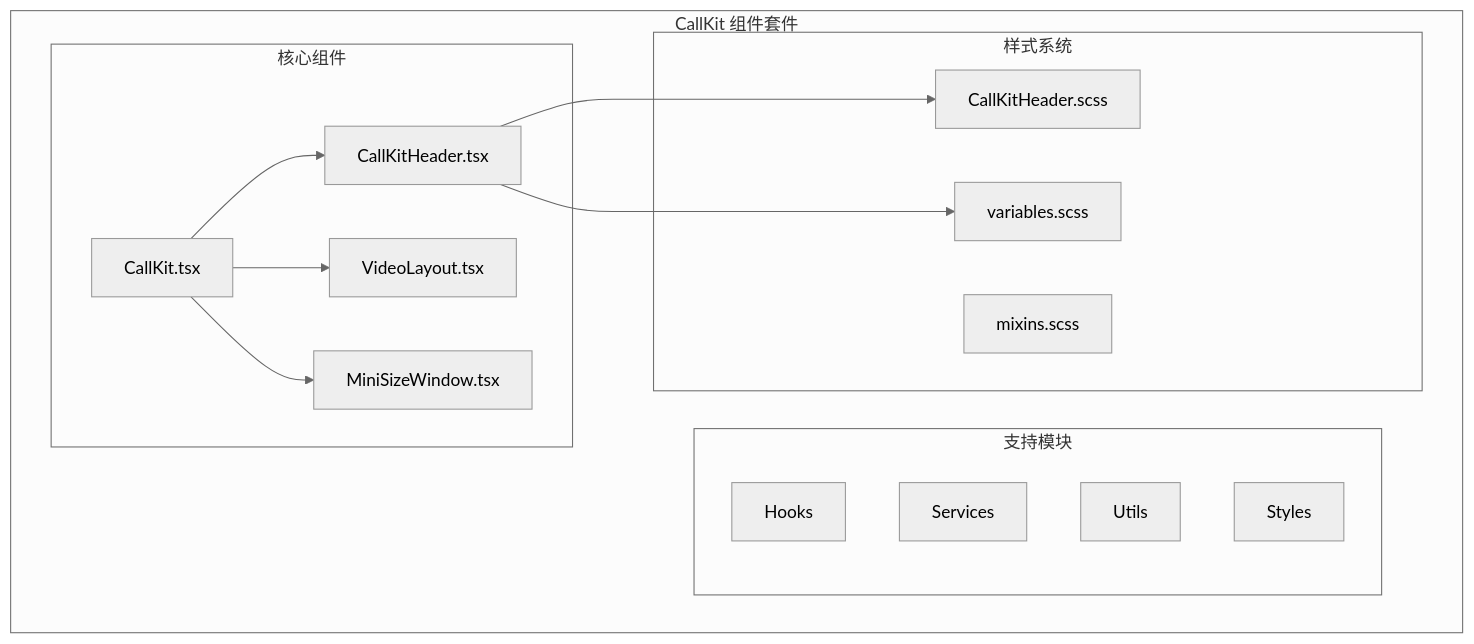
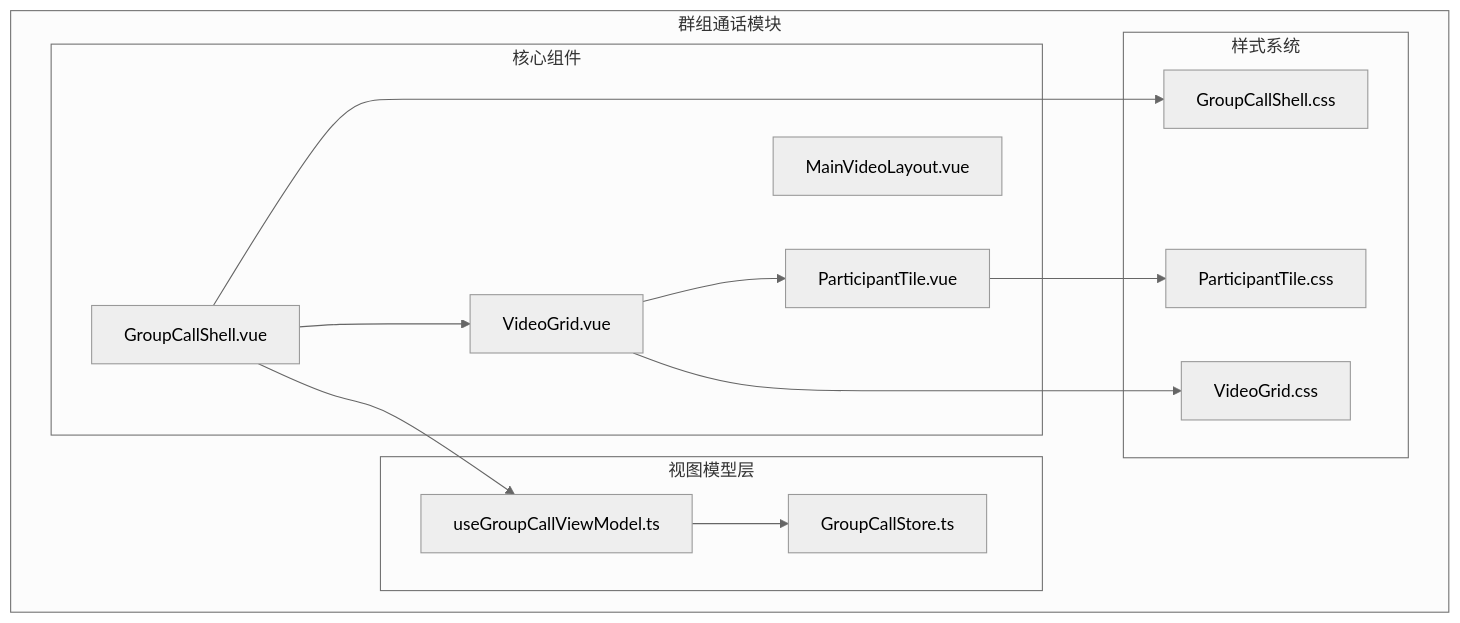
Before and after one commit to Easemob-Community/easemob-uikit-callkit-vue3: the first of 7 diagrams in .qoder/repowiki/zh/content/核心组件/群组通话组件/群组通话头部栏.md, drawn with Mermaid (neutral theme). The commit also changed other lines of this file and 54 other files, not shown here.

````diff
--- a/.qoder/repowiki/zh/content/核心组件/群组通话组件/群组通话头部栏.md
+++ b/.qoder/repowiki/zh/content/核心组件/群组通话组件/群组通话头部栏.md
@@ -39,27 +49,27 @@
 ```mermaid
 graph TB
-subgraph "CallKit 组件套件"
+subgraph "群组通话模块"
 subgraph "核心组件"
-CallKit[CallKit.tsx]
-CallKitHeader[CallKitHeader.tsx]
-VideoLayout[VideoLayout.tsx]
-MiniSizeWindow[MiniSizeWindow.tsx]
+GroupCallShell[GroupCallShell.vue]
+VideoGrid[VideoGrid.vue]
+ParticipantTile[ParticipantTile.vue]
+MainVideoLayout[MainVideoLayout.vue]
 end
-subgraph "支持模块"
-Hooks[Hooks]
-Services[Services]
-Utils[Utils]
-Styles[Styles]
+subgraph "视图模型层"
+ViewModel[useGroupCallViewModel.ts]
+Store[GroupCallStore.ts]
 end
 subgraph "样式系统"
-SCSS[CallKitHeader.scss]
-Variables[variables.scss]
-Mixins[mixins.scss]
+CSS[GroupCallShell.css]
+ParticipantCSS[ParticipantTile.css]
+VideoGridCSS[VideoGrid.css]
 end
 end
-CallKit --> CallKitHeader
-CallKit --> VideoLayout
-CallKit --> MiniSizeWindow
-CallKitHeader --> SCSS
-CallKitHeader --> Variables
+GroupCallShell --> VideoGrid
+GroupCallShell --> ViewModel
+VideoGrid --> ParticipantTile
+ViewModel --> Store
+GroupCallShell --> CSS
+ParticipantTile --> ParticipantCSS
+VideoGrid --> VideoGridCSS
 ```
````
